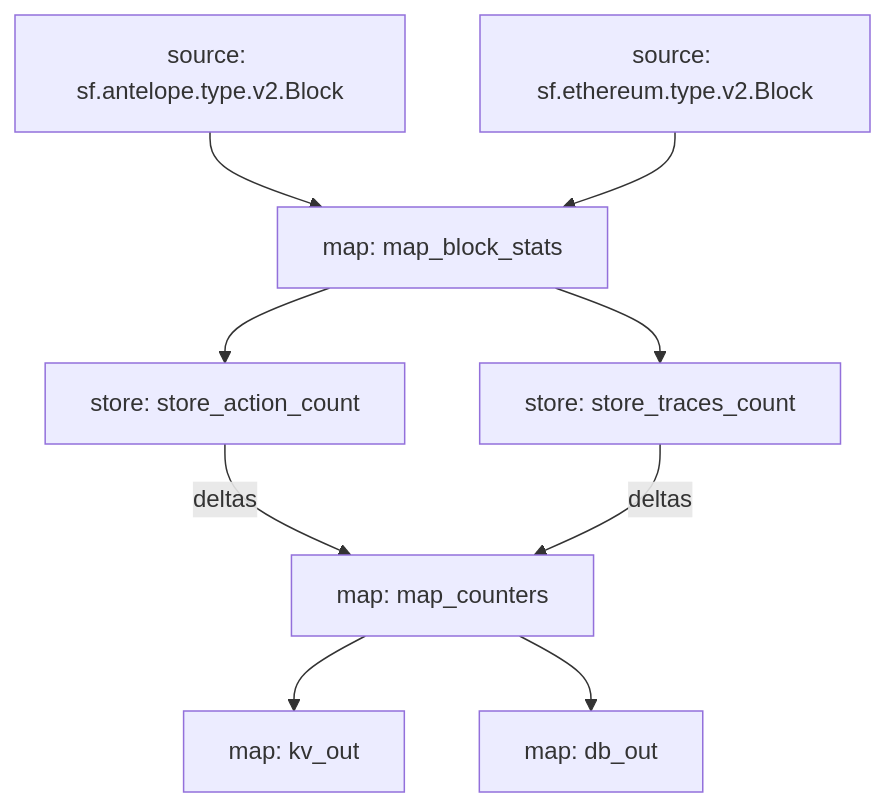
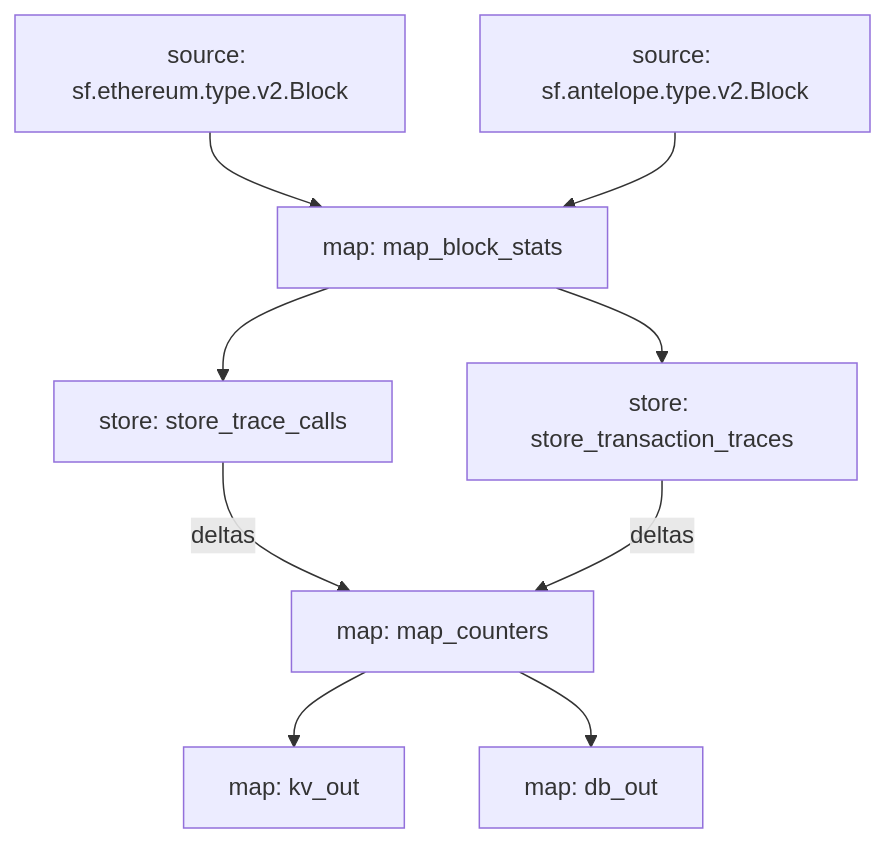
One commit to pinax-network/subtivity-substreams changed the diagram in README.md. Above: the diagram before and after it, drawn with Mermaid. The commit also changed other lines of this file and 13 other files, not shown here.

Commit message:
rename to transaction_traces & trace_calls

````diff
--- a/README.md
+++ b/README.md
@@ -40,17 +40,17 @@
 ```mermaid
 graph TD;
   map_block_stats[map: map_block_stats]
+  sf.ethereum.type.v2.Block[source: sf.ethereum.type.v2.Block] --> map_block_stats
   sf.antelope.type.v2.Block[source: sf.antelope.type.v2.Block] --> map_block_stats
-  sf.ethereum.type.v2.Block[source: sf.ethereum.type.v2.Block] --> map_block_stats
-  store_traces_count[store: store_traces_count]
-  map_block_stats --> store_traces_count
-  store_action_count[store: store_action_count]
-  map_block_stats --> store_action_count
+  store_transaction_traces[store: store_transaction_traces]
+  map_block_stats --> store_transaction_traces
+  store_trace_calls[store: store_trace_calls]
+  map_block_stats --> store_trace_calls
   map_counters[map: map_counters]
-  store_action_count -- deltas --> map_counters
-  store_traces_count -- deltas --> map_counters
+  store_trace_calls -- deltas --> map_counters
+  store_transaction_traces -- deltas --> map_counters
   kv_out[map: kv_out]
   map_counters --> kv_out
   db_out[map: db_out]
   map_counters --> db_out
 ```
````
